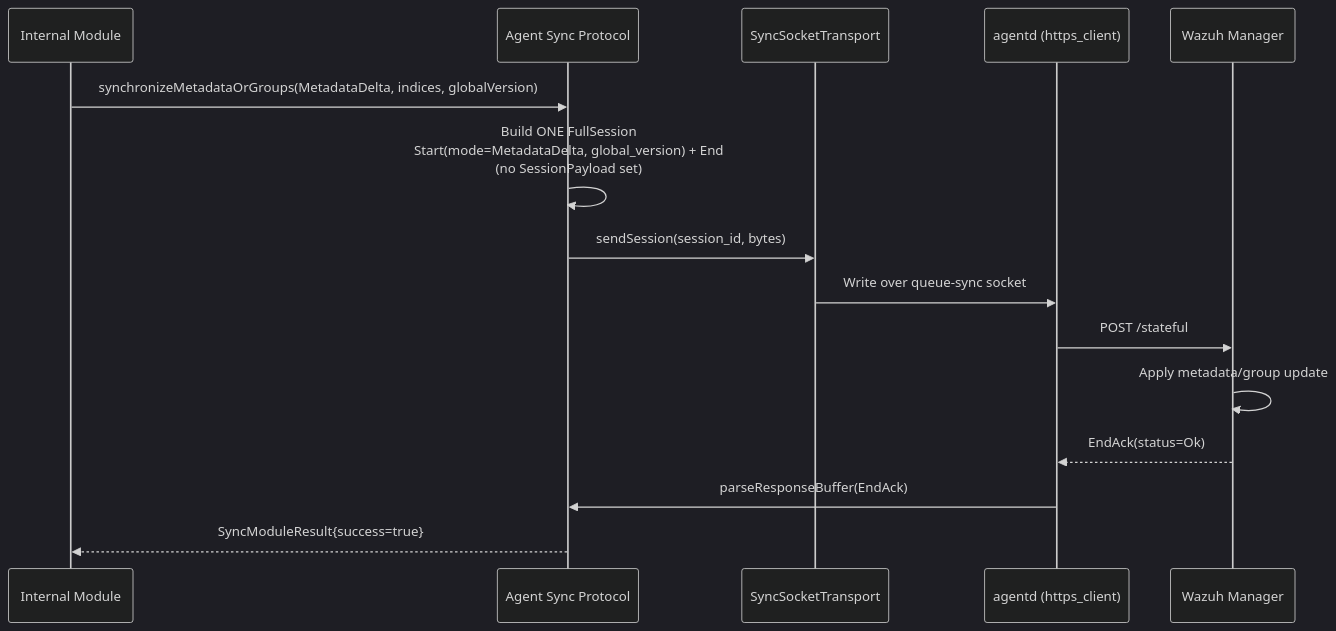
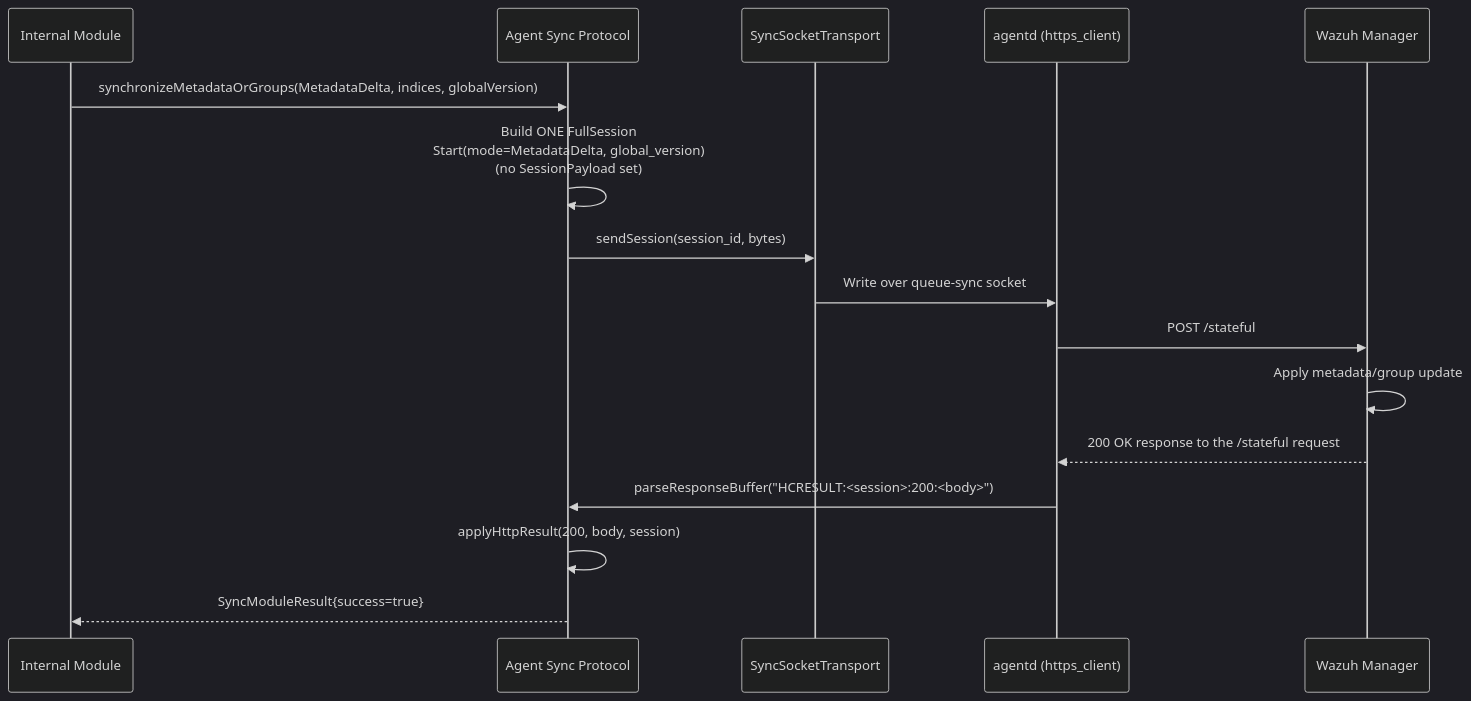
The sixth of 12 diagrams in docs/ref/modules/utils/sync-protocol/sequence-diagrams.md (wazuh/wazuh), drawn with Mermaid (dark theme) before and after one commit. The commit also changed other lines of this file and 55 other files, not shown here.

````diff
--- a/docs/ref/modules/utils/sync-protocol/sequence-diagrams.md
+++ b/docs/ref/modules/utils/sync-protocol/sequence-diagrams.md
@@ -145,21 +148,22 @@
 ```mermaid
 sequenceDiagram
     participant Module as Internal Module
     participant ASP as Agent Sync Protocol
     participant Transport as SyncSocketTransport
     participant AD as agentd (https_client)
     participant Manager as Wazuh Manager
 
     Module->>ASP: synchronizeMetadataOrGroups(MetadataDelta, indices, globalVersion)
 
-    ASP->>ASP: Build ONE FullSession<br/>Start(mode=MetadataDelta, global_version) + End<br/>(no SessionPayload set)
+    ASP->>ASP: Build ONE FullSession<br/>Start(mode=MetadataDelta, global_version)<br/>(no SessionPayload set)
     ASP->>Transport: sendSession(session_id, bytes)
     Transport->>AD: Write over queue-sync socket
     AD->>Manager: POST /stateful
 
     Manager->>Manager: Apply metadata/group update
 
-    Manager-->>AD: EndAck(status=Ok)
-    AD->>ASP: parseResponseBuffer(EndAck)
+    Manager-->>AD: 200 OK response to the /stateful request
+    AD->>ASP: parseResponseBuffer("HCRESULT:<session>:200:<body>")
+    ASP->>ASP: applyHttpResult(200, body, session)
     ASP-->>Module: SyncModuleResult{success=true}
 ```
````
